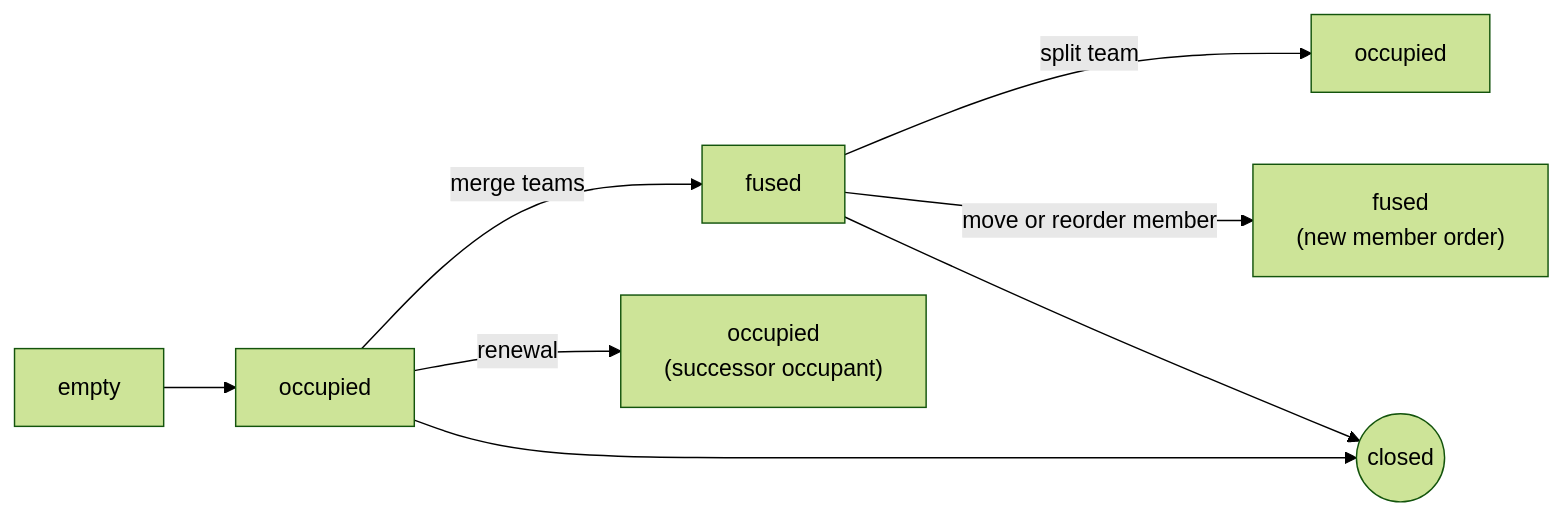
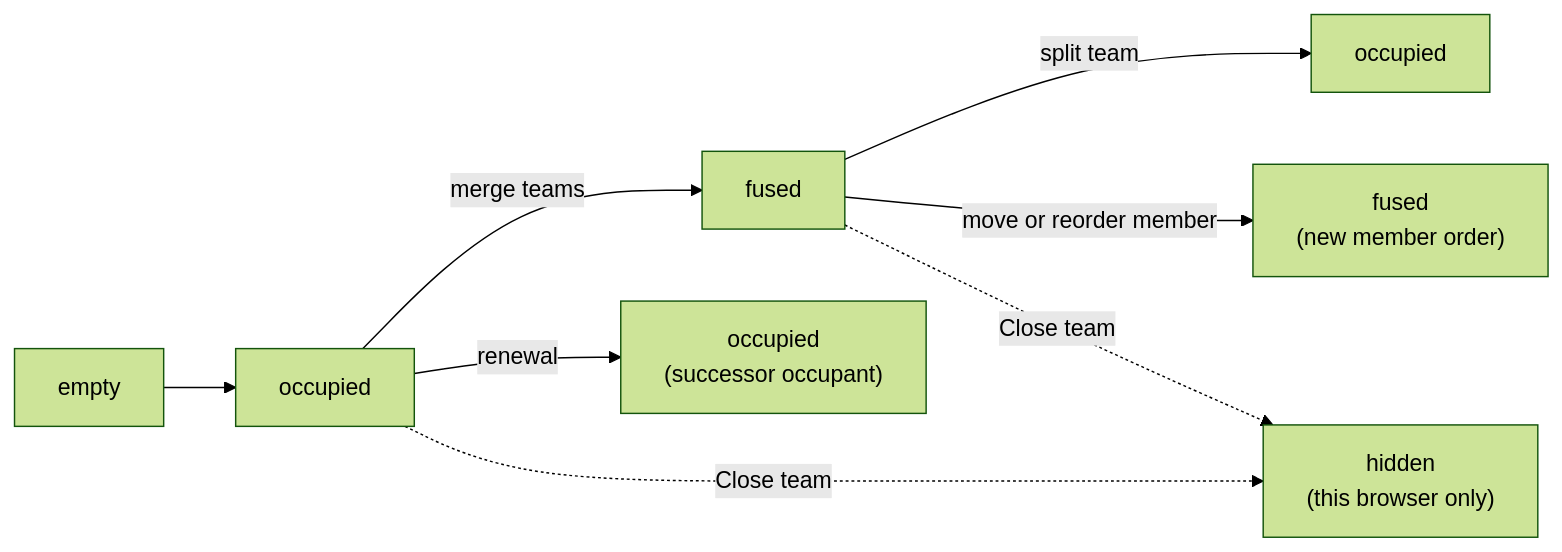
Before and after one commit to infimalabs/spice-rust: diagram 14 of 19 in docs/product/model/states.md, drawn with Mermaid (forest theme). The commit also changed other lines of this file and 71 other files, not shown here.

````diff
--- a/docs/product/model/states.md
+++ b/docs/product/model/states.md
@@ -202,10 +318,10 @@
 ```mermaid
 flowchart LR
   E["empty"] --> O["occupied"]
   O -->|"merge teams"| F["fused"]
   O -->|"renewal"| OR["occupied<br/>(successor occupant)"]
   F -->|"split team"| OS["occupied"]
   F -->|"move or reorder member"| FR["fused<br/>(new member order)"]
-  O --> C(("closed"))
-  F --> C
+  O -.->|"Close team"| H["hidden<br/>(this browser only)"]
+  F -.->|"Close team"| H
 ```
````
